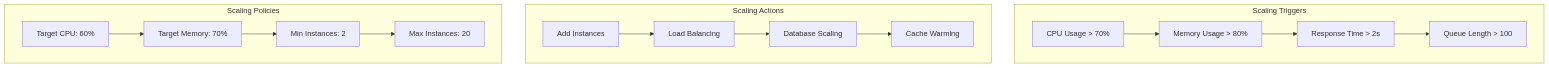
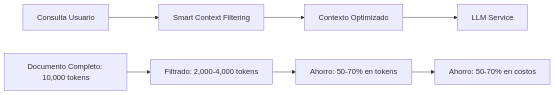
The ninth of 13 diagrams in docs/tech-solution.md (LIDR-academy/AI4Devs-finalproject), drawn with Mermaid before and after one commit. The commit also changed other lines of this file and 21 other files, not shown here.

````diff
--- a/docs/tech-solution.md
+++ b/docs/tech-solution.md
@@ -2292,20 +645,10 @@
 ```mermaid
-graph TB
-    subgraph "Scaling Triggers"
-        A[CPU Usage > 70%] --> B[Memory Usage > 80%]
-        B --> C[Response Time > 2s]
-        C --> D[Queue Length > 100]
-    end
+graph LR
+    A[Consulta Usuario] --> B[Smart Context Filtering]
+    B --> C[Contexto Optimizado]
+    C --> D[LLM Service]
     
-    subgraph "Scaling Actions"
-        E[Add Instances] --> F[Load Balancing]
-        F --> G[Database Scaling]
-        G --> H[Cache Warming]
-    end
-    
-    subgraph "Scaling Policies"
-        I[Target CPU: 60%] --> J[Target Memory: 70%]
-        J --> K[Min Instances: 2]
-        K --> L[Max Instances: 20]
-    end
+    E[Documento Completo: 10,000 tokens] --> F[Filtrado: 2,000-4,000 tokens]
+    F --> G[Ahorro: 50-70% en tokens]
+    G --> H[Ahorro: 50-70% en costos]
 ```
````
